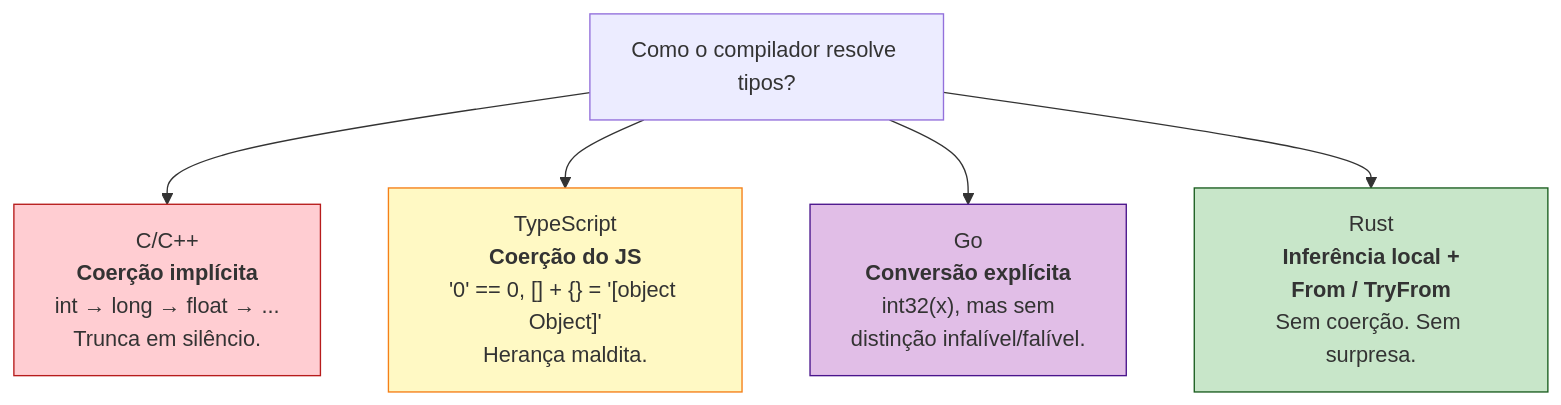
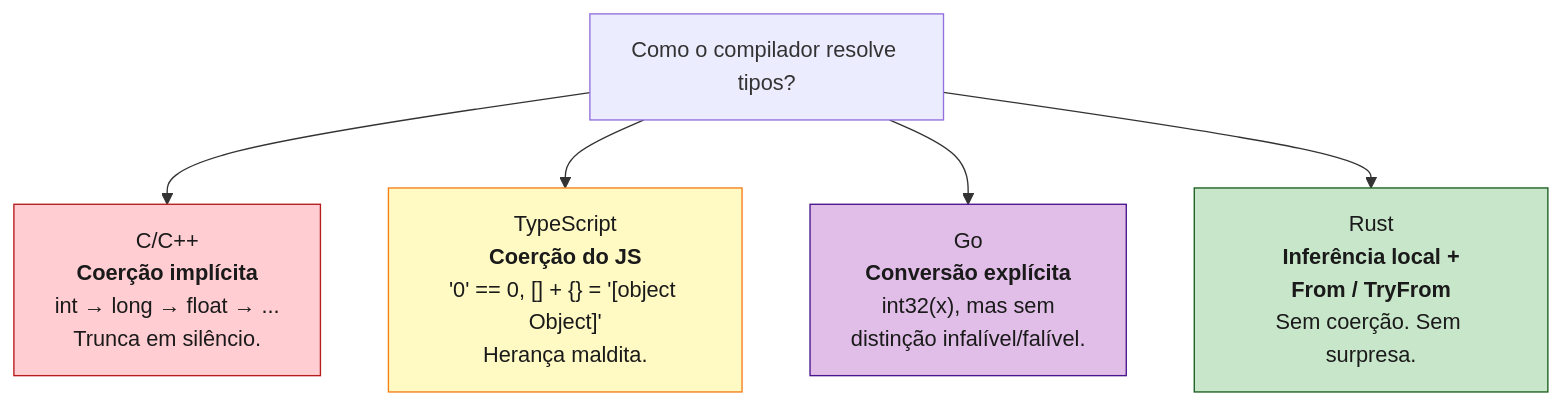
Before and after one commit to Felipeness/ferro-e-espirito: the first of 2 diagrams in book/part-03-types-and-syntax/ch08-inferencia-e-conversao.md, drawn with Mermaid. The commit also changed other lines of this file and 56 other files, not shown here.

First line of the commit message:
fix: contraste de texto em diagramas mermaid

````diff
--- a/book/part-03-types-and-syntax/ch08-inferencia-e-conversao.md
+++ b/book/part-03-types-and-syntax/ch08-inferencia-e-conversao.md
@@ -22,14 +22,14 @@
 ```mermaid
 graph TB
     Q[Como o compilador resolve tipos?]
 
     Q --> C["C/C++<br/><b>Coerção implícita</b><br/>int → long → float → ...<br/>Trunca em silêncio."]
     Q --> TS["TypeScript<br/><b>Coerção do JS</b><br/>'0' == 0, [] + {} = '[object Object]'<br/>Herança maldita."]
     Q --> Go["Go<br/><b>Conversão explícita</b><br/>int32(x), mas sem<br/>distinção infalível/falível."]
     Q --> Rust["Rust<br/><b>Inferência local +<br/>From / TryFrom</b><br/>Sem coerção. Sem surpresa."]
 
-    style C fill:#ffcdd2,stroke:#b71c1c
-    style TS fill:#fff9c4,stroke:#f57f17
-    style Go fill:#e1bee7,stroke:#4a148c
-    style Rust fill:#c8e6c9,stroke:#1b5e20
+    style C fill:#ffcdd2,stroke:#b71c1c,color:#1a1a1a
+    style TS fill:#fff9c4,stroke:#f57f17,color:#1a1a1a
+    style Go fill:#e1bee7,stroke:#4a148c,color:#1a1a1a
+    style Rust fill:#c8e6c9,stroke:#1b5e20,color:#1a1a1a
 ```
````
